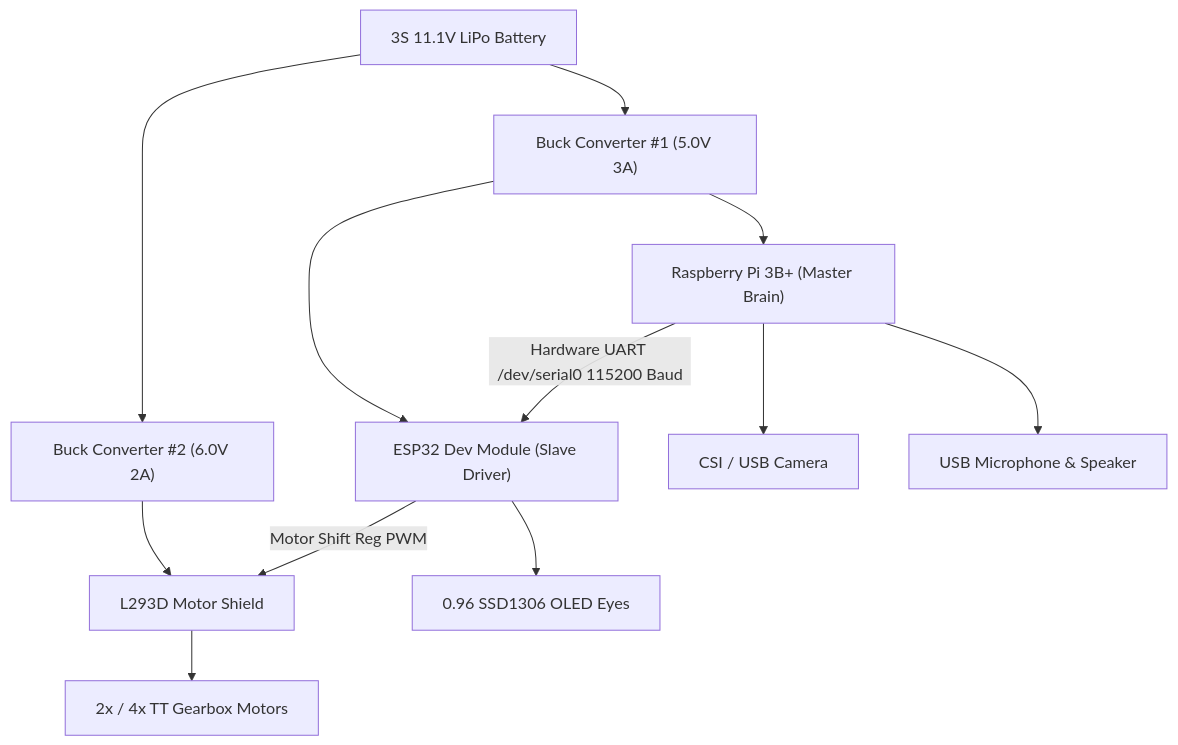
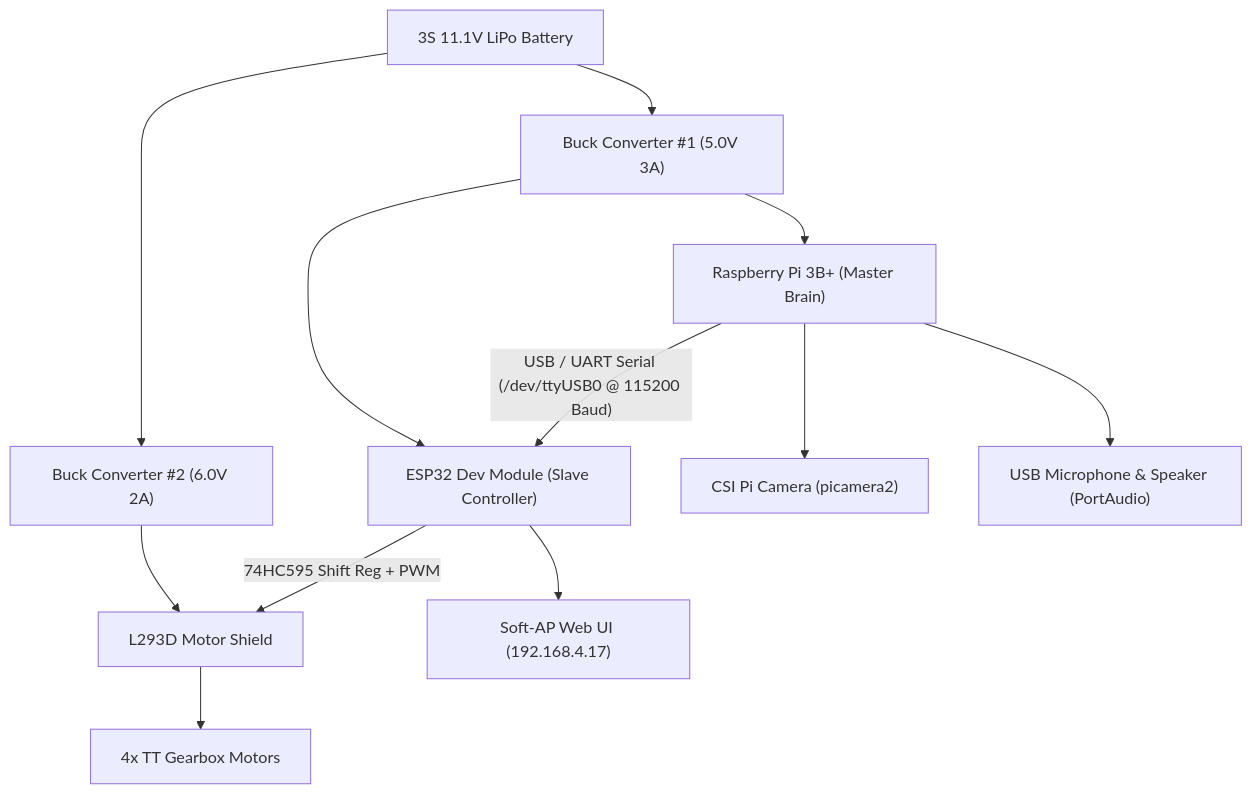
The first of 2 diagrams in README.md (Aashutosh2021/WALL-E), drawn with Mermaid before and after one commit. The commit also changed other lines of this file and 4 other files, not shown here.

````diff
--- a/README.md
+++ b/README.md
@@ -31,17 +35,17 @@
 ```mermaid
 graph TD
     A["3S 11.1V LiPo Battery"] --> B["Buck Converter #1 (5.0V 3A)"]
     A --> C["Buck Converter #2 (6.0V 2A)"]
     
     B --> D["Raspberry Pi 3B+ (Master Brain)"]
-    B --> E["ESP32 Dev Module (Slave Driver)"]
+    B --> E["ESP32 Dev Module (Slave Controller)"]
     C --> F["L293D Motor Shield"]
     
-    D -- "Hardware UART /dev/serial0 115200 Baud" --> E
-    D --> G["CSI / USB Camera"]
-    D --> H["USB Microphone & Speaker"]
+    D -- "USB / UART Serial (/dev/ttyUSB0 @ 115200 Baud)" --> E
+    D --> G["CSI Pi Camera (picamera2)"]
+    D --> H["USB Microphone & Speaker (PortAudio)"]
     
-    E --> I["0.96 SSD1306 OLED Eyes"]
-    F --> J["2x / 4x TT Gearbox Motors"]
-    E -- "Motor Shift Reg PWM" --> F
+    E --> I["Soft-AP Web UI (192.168.4.17)"]
+    F --> J["4x TT Gearbox Motors"]
+    E -- "74HC595 Shift Reg + PWM" --> F
 ```
````
